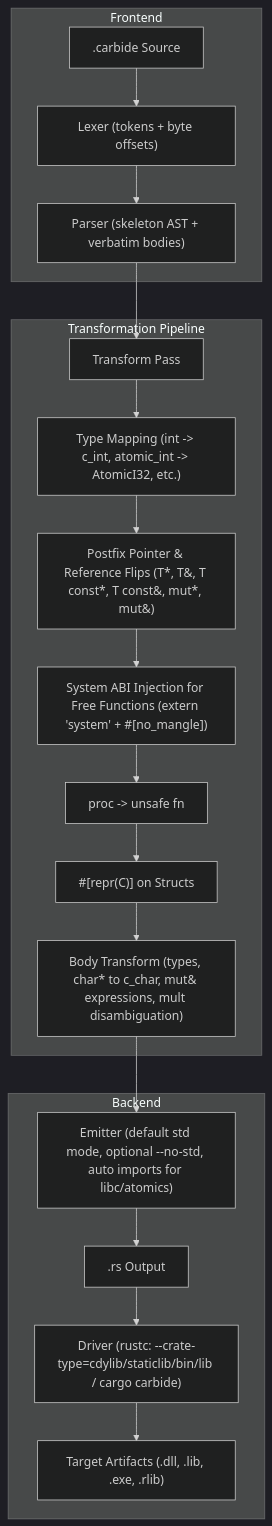
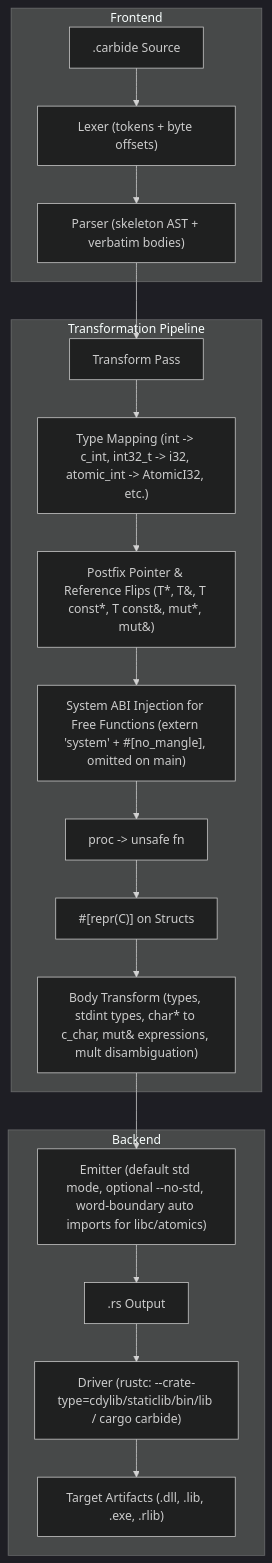
The diagram in SPEC.md (xyzzyapps/carbide), drawn with Mermaid (dark theme) before and after one commit. The commit also changed other lines of this file and 9 other files, not shown here.

Commit message:
Support stdint fixed-width types and extended libc/POSIX types with word-boundary auto-imports

````diff
--- a/SPEC.md
+++ b/SPEC.md
@@ -46,24 +46,24 @@
 ```mermaid
 flowchart TD
     subgraph Frontend
         Source[".carbide Source"] --> Lexer["Lexer (tokens + byte offsets)"]
         Lexer --> Parser["Parser (skeleton AST + verbatim bodies)"]
     end
 
     subgraph Transformation Pipeline
         Parser --> AstPass["Transform Pass"]
-        AstPass --> Pass1["Type Mapping (int -> c_int, atomic_int -> AtomicI32, etc.)"]
+        AstPass --> Pass1["Type Mapping (int -> c_int, int32_t -> i32, atomic_int -> AtomicI32, etc.)"]
         Pass1 --> Pass2["Postfix Pointer & Reference Flips (T*, T&, T const*, T const&, mut*, mut&)"]
-        Pass2 --> Pass3["System ABI Injection for Free Functions (extern 'system' + #[no_mangle])"]
+        Pass2 --> Pass3["System ABI Injection for Free Functions (extern 'system' + #[no_mangle], omitted on main)"]
         Pass3 --> Pass4["proc -> unsafe fn"]
         Pass4 --> Pass5["#[repr(C)] on Structs"]
-        Pass5 --> Pass6["Body Transform (types, char* to c_char, mut& expressions, mult disambiguation)"]
+        Pass5 --> Pass6["Body Transform (types, stdint types, char* to c_char, mut& expressions, mult disambiguation)"]
     end
 
     subgraph Backend
-        Pass6 --> Emitter["Emitter (default std mode, optional --no-std, auto imports for libc/atomics)"]
+        Pass6 --> Emitter["Emitter (default std mode, optional --no-std, word-boundary auto imports for libc/atomics)"]
         Emitter --> Output[".rs Output"]
         Output --> Driver["Driver (rustc: --crate-type=cdylib/staticlib/bin/lib / cargo carbide)"]
         Driver --> Artifacts["Target Artifacts (.dll, .lib, .exe, .rlib)"]
     end
 ```
````
